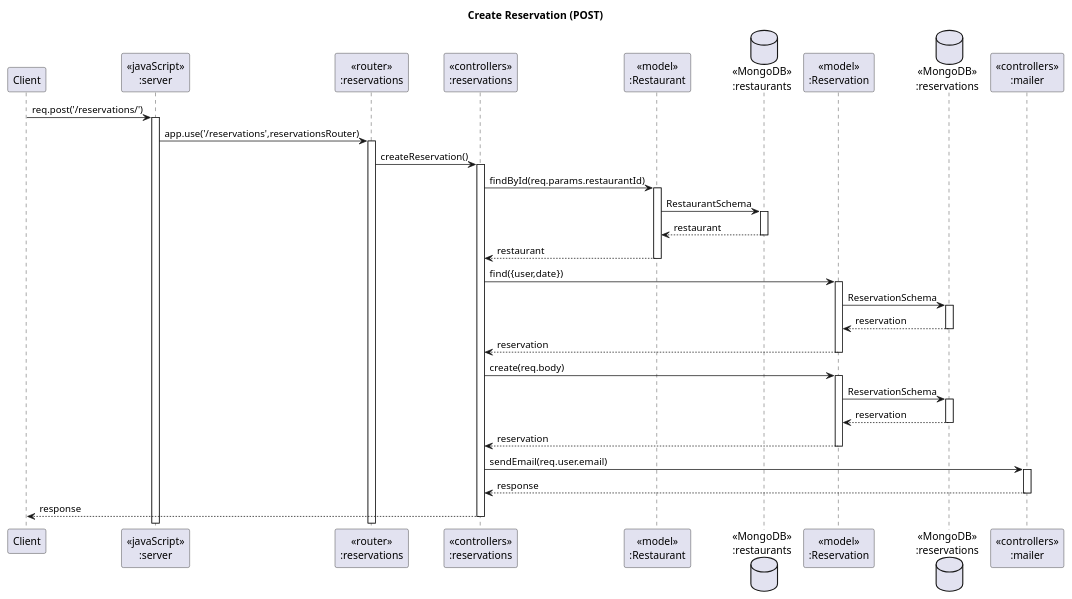
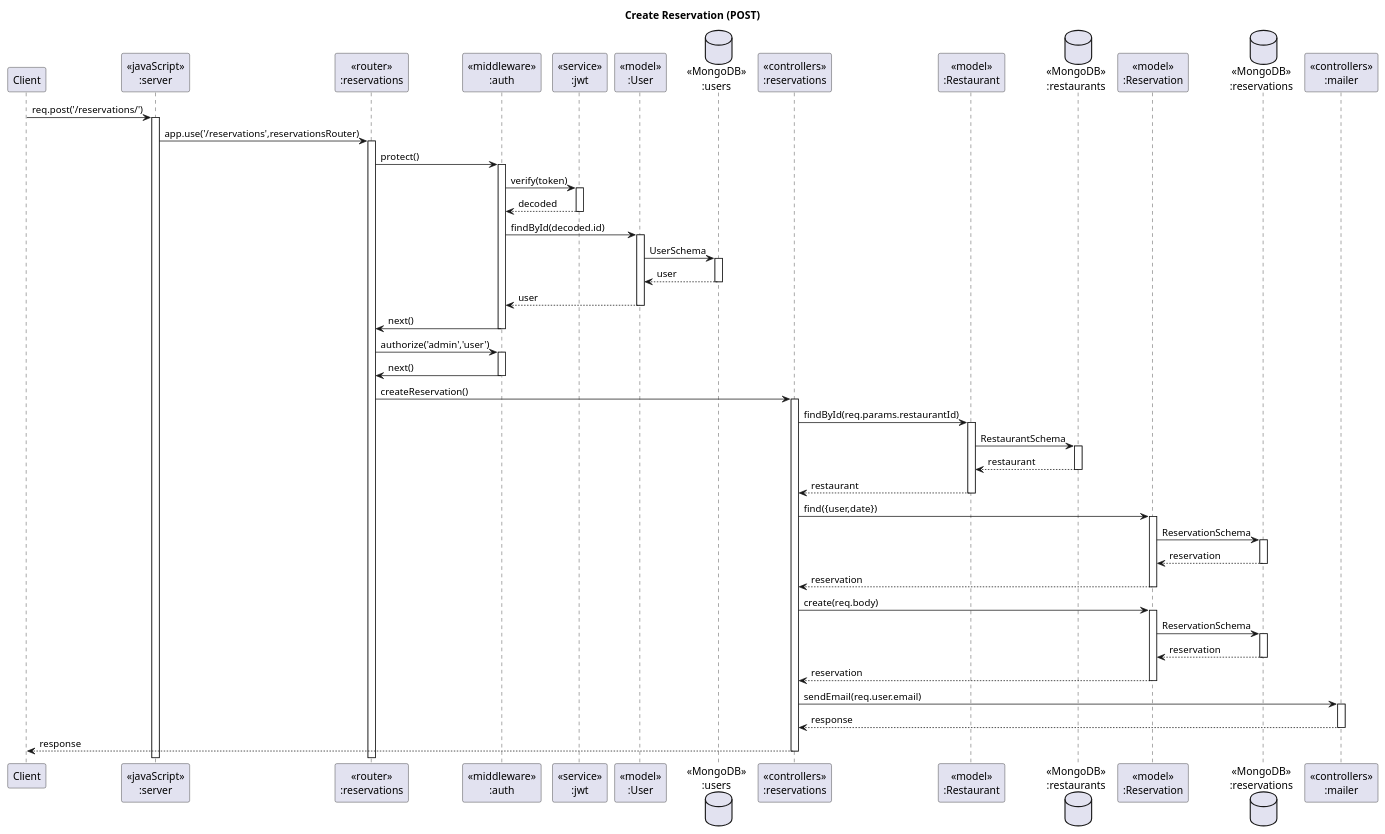
Before and after one commit to phumipatc/restaurant-reservator: the diagram in diagrams/sequenceDiagram/reservations/create.puml, drawn with PlantUML. The commit also changed 5 other files, not shown here.

Commit message:
add middleware to reservation sequence diagram

```diff
--- a/diagrams/sequenceDiagram/reservations/create.puml
+++ b/diagrams/sequenceDiagram/reservations/create.puml
@@ -1,36 +1,53 @@
 @startuml Create Reservation (POST)
 
 ' header Sameple VacQ Sequence Diagram
 ' footer Page %page% of %lastpage%
 title "Create Reservation (POST)"
 
 participant "Client" as client
 participant "<<javaScript>>\n:server" as server
 participant "<<router>>\n:reservations" as reservationsRouter
+participant "<<middleware>>\n:auth" as authMiddleware
+participant "<<service>>\n:jwt" as jwtService
+participant "<<model>>\n:User" as userModel
+database "<<MongoDB>>\n:users" as users
 participant "<<controllers>>\n:reservations" as reservationsController
 participant "<<model>>\n:Restaurant" as restaurantModel
 database "<<MongoDB>>\n:restaurants" as RestaurantsDatabase
 participant "<<model>>\n:Reservation" as reservationModel
 database "<<MongoDB>>\n:reservations" as ReservationsDatabase
 participant "<<controllers>>\n:mailer" as mailerController
 
 client->server ++:req.post('/reservations/')
 server->reservationsRouter ++:app.use('/reservations',reservationsRouter)
+
+reservationsRouter -> authMiddleware ++:protect()
+authMiddleware -> jwtService ++:verify(token)
+jwtService --> authMiddleware --:decoded
+authMiddleware -> userModel ++:findById(decoded.id)
+userModel -> users ++:UserSchema
+users --> userModel --:user
+userModel --> authMiddleware --:user
+authMiddleware -> reservationsRouter --:next()
+
+reservationsRouter -> authMiddleware ++:authorize('admin','user')
+authMiddleware -> reservationsRouter --:next()
+
 reservationsRouter -> reservationsController ++:createReservation()
 reservationsController ->restaurantModel ++:findById(req.params.restaurantId)
 restaurantModel ->RestaurantsDatabase ++: RestaurantSchema
 RestaurantsDatabase --> restaurantModel --: restaurant
 restaurantModel --> reservationsController --:restaurant
 reservationsController -> reservationModel ++:find({user,date})
 reservationModel ->ReservationsDatabase ++: ReservationSchema
 ReservationsDatabase --> reservationModel --: reservation
 reservationModel --> reservationsController --:reservation
 reservationsController->reservationModel ++:create(req.body)
 reservationModel ->ReservationsDatabase ++: ReservationSchema
 ReservationsDatabase --> reservationModel --: reservation
 reservationModel --> reservationsController --:reservation
 reservationsController -> mailerController ++:sendEmail(req.user.email)
 mailerController --> reservationsController --:response
 reservationsController-->client --:response
 
 @enduml
```
